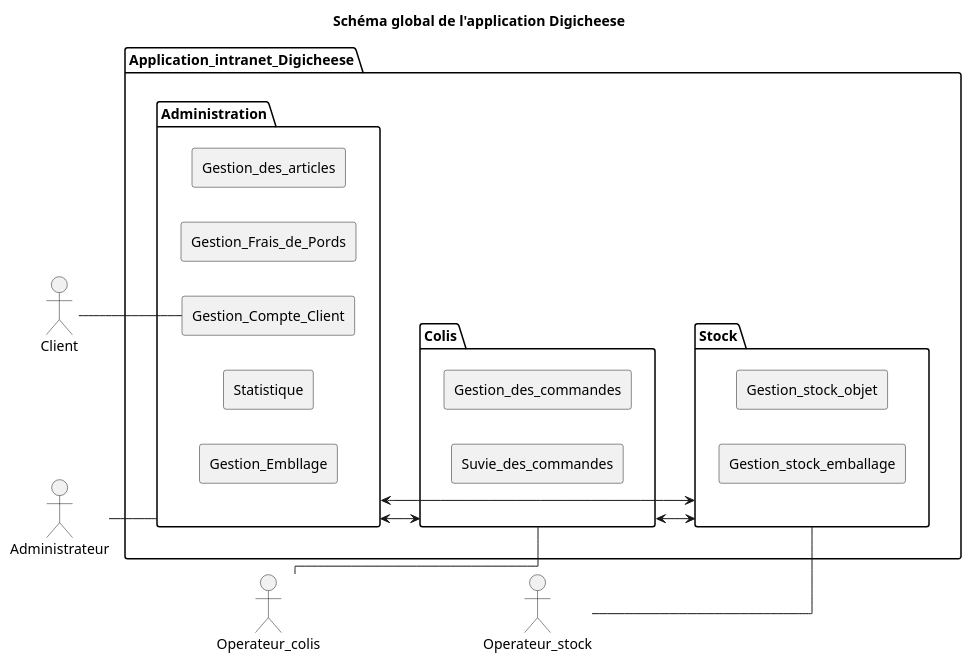
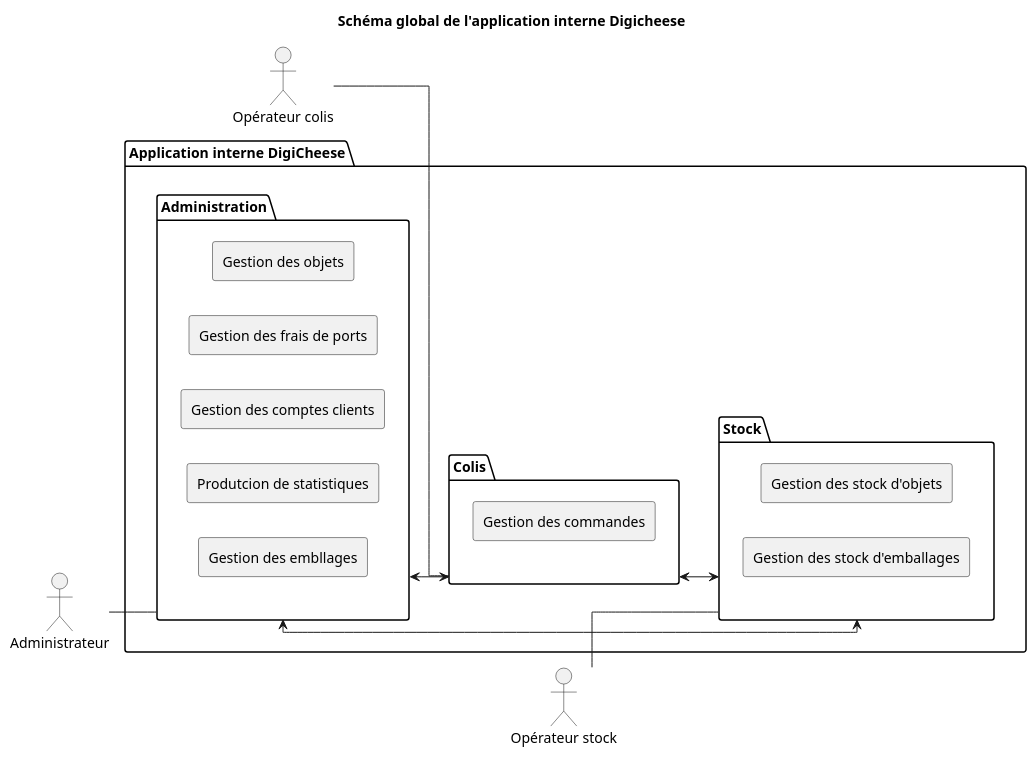
One commit to Bluwen/Conception_d_une_application_informatique changed the diagram in Schema_global.puml. Above: the diagram before and after it, drawn with PlantUML. The commit also changed 6 other files, not shown here.

```diff
--- a/Schema_global.puml
+++ b/Schema_global.puml
@@ -1,62 +1,60 @@
-@startuml brouillon global
+@startuml Schéma global de l'application interne DigiCheese
 left to right direction
 skinparam linetype ortho
 
-actor Client
-actor Operateur_colis
-actor Operateur_stock 
-actor Administrateur 
+'actor Client
+actor "Opérateur colis"
+actor "Opérateur stock" 
+actor "Administrateur" 
 
-package Application_intranet_Digicheese {
+package "Application interne DigiCheese"  {
 
-    package Colis {
-        rectangle Gestion_des_commandes {
+    package "Colis" {
+        rectangle "Gestion des commandes" {
             
         }
-        rectangle Suvie_des_commandes {
+        'rectangle Suvie des commandes {}
+    }
+
+    package "Stock" {
+        rectangle "Gestion des stock d'objets" {
+
+        }
+        rectangle "Gestion des stock d'emballages" {
 
         }
     }
 
-    package Stock {
-        rectangle Gestion_stock_objet {
+    package "Administration" {
+        rectangle "Gestion des objets" {
 
         }
-        rectangle Gestion_stock_emballage {
+        rectangle "Gestion des frais de ports" {
 
         }
-    }
-
-    package Administration {
-        rectangle Gestion_des_articles {
+        rectangle "Gestion des comptes clients" {
 
         }
-        rectangle Gestion_Frais_de_Pords {
+        rectangle "Produtcion de statistiques" {
 
         }
-        rectangle Gestion_Compte_Client {
-
-        }
-        rectangle Statistique {
-
-        }
-        rectangle Gestion_Embllage {
+        rectangle "Gestion des embllages" {
 
         }
     }
 
     
 }
 
-Client -- Gestion_Compte_Client
-Administrateur -- Administration
-Operateur_colis -- Colis
-Operateur_stock -- Stock
+'Client -- Gestion Compte Client
+"Administrateur" -- "Administration"
+"Opérateur colis" -- "Colis"
+"Opérateur stock" -- "Stock"
 
-Colis <--> Stock
-Administration <--> Stock
-Administration <--> Colis
+"Colis" <--> "Stock"
+"Administration" <--> "Stock"
+"Administration" <--> "Colis"
 
-title Schéma global de l'application Digicheese
+title Schéma global de l'application interne Digicheese
 
 @enduml
```
